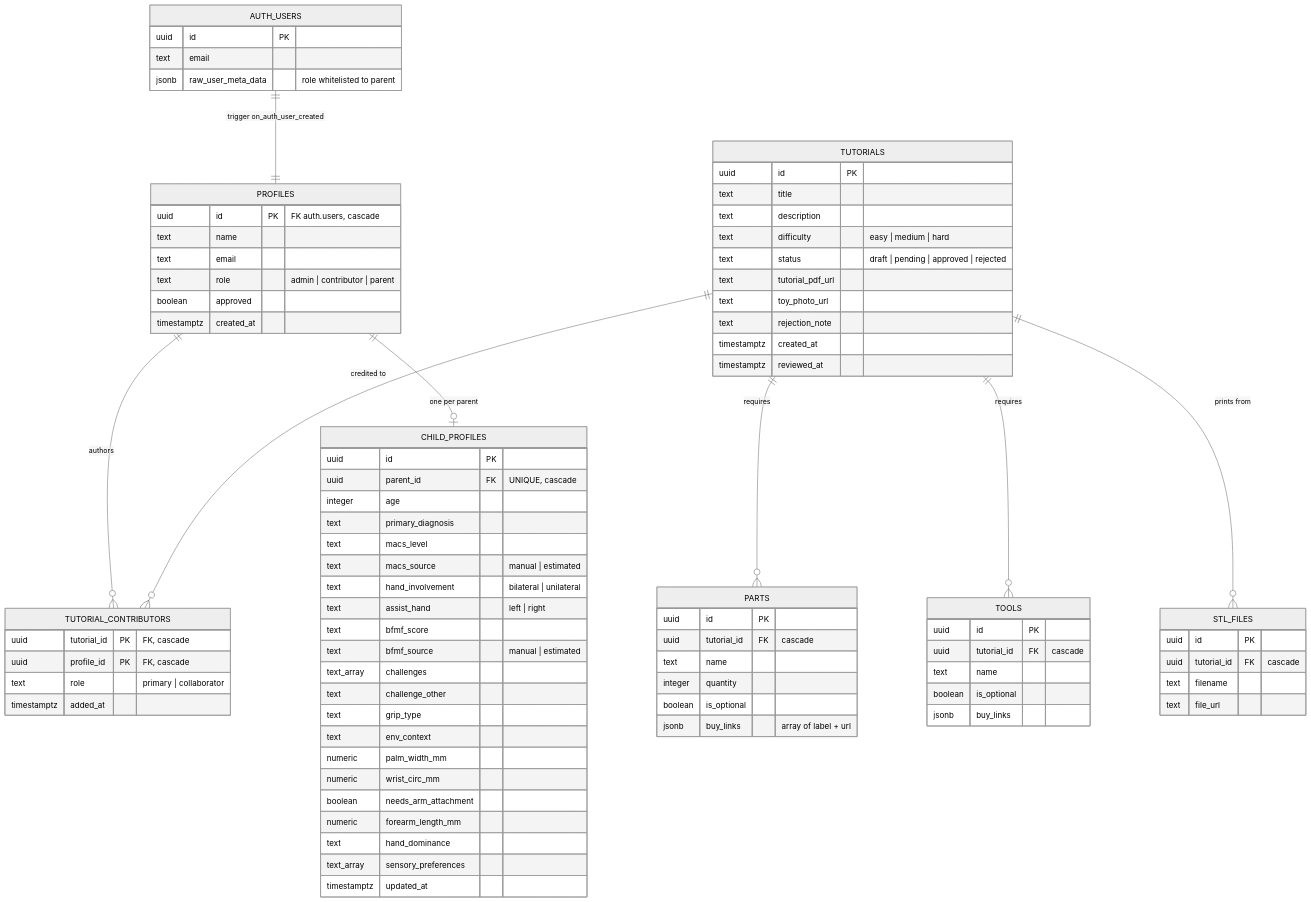
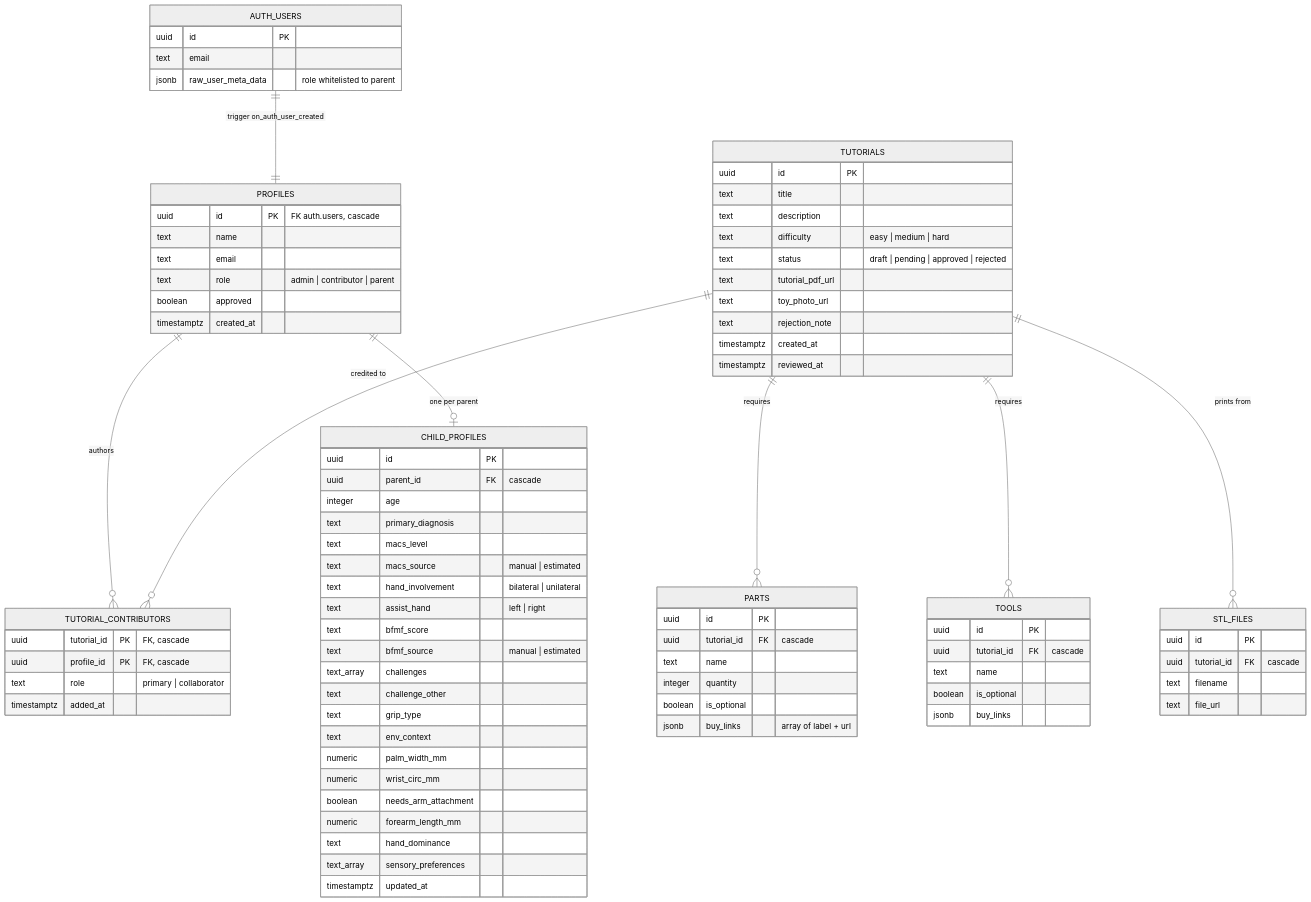
Before and after one commit to bpetselis01/splat-connect: the third of 7 diagrams in ARCHITECTURE.md, drawn with Mermaid (neutral theme). The commit also changed other lines of this file, not shown here.

First line of the commit message:
docs: update ARCHITECTURE.md for dropped parent_id uniqueness

```diff
--- a/ARCHITECTURE.md
+++ b/ARCHITECTURE.md
@@ -256,7 +256,7 @@
     }
     CHILD_PROFILES {
         uuid id PK
-        uuid parent_id FK "UNIQUE, cascade"
+        uuid parent_id FK "cascade"
         integer age
         text primary_diagnosis
         text macs_level
```
